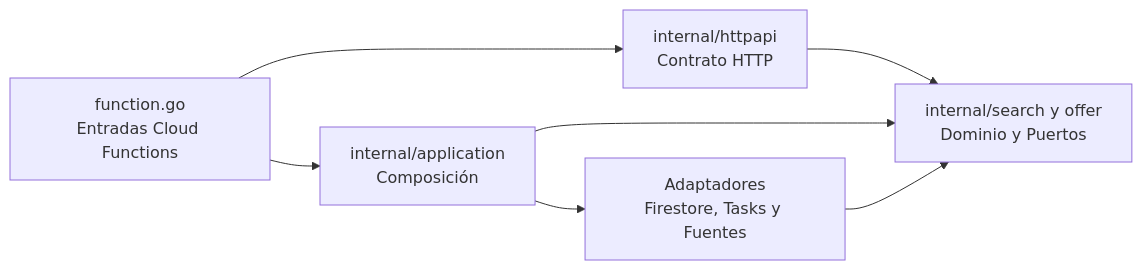
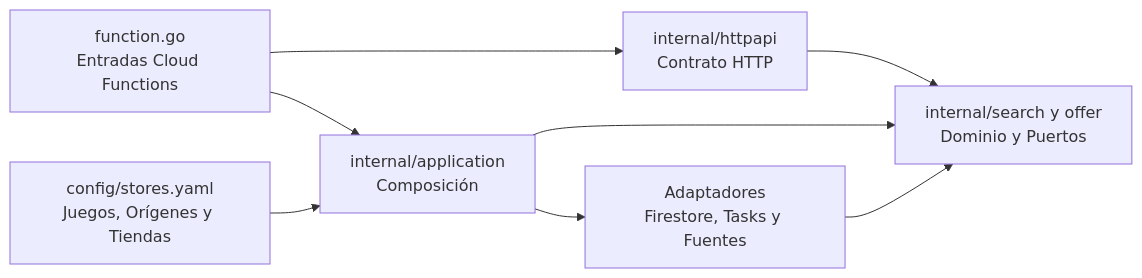
Before and after one commit to metaliaw/muchi: the second of 2 diagrams in backend/docs/arquitectura.md, drawn with Mermaid. The commit also changed other lines of this file and 17 other files, not shown here.

Commit message:
Los Juegos combinan Agregadores y Tiendas

````diff
--- a/backend/docs/arquitectura.md
+++ b/backend/docs/arquitectura.md
@@ -115,15 +120,17 @@
 ```mermaid
 flowchart LR
     function[function.go<br/>Entradas Cloud Functions]
     transport[internal/httpapi<br/>Contrato HTTP]
     application[internal/application<br/>Composición]
     domain[internal/search y offer<br/>Dominio y Puertos]
+    config[config/stores.yaml<br/>Juegos, Orígenes y Tiendas]
     adapters[Adaptadores<br/>Firestore, Tasks y Fuentes]
 
     function --> transport
     function --> application
     transport --> domain
+    config --> application
     application --> domain
     application --> adapters
     adapters --> domain
 ```
````
